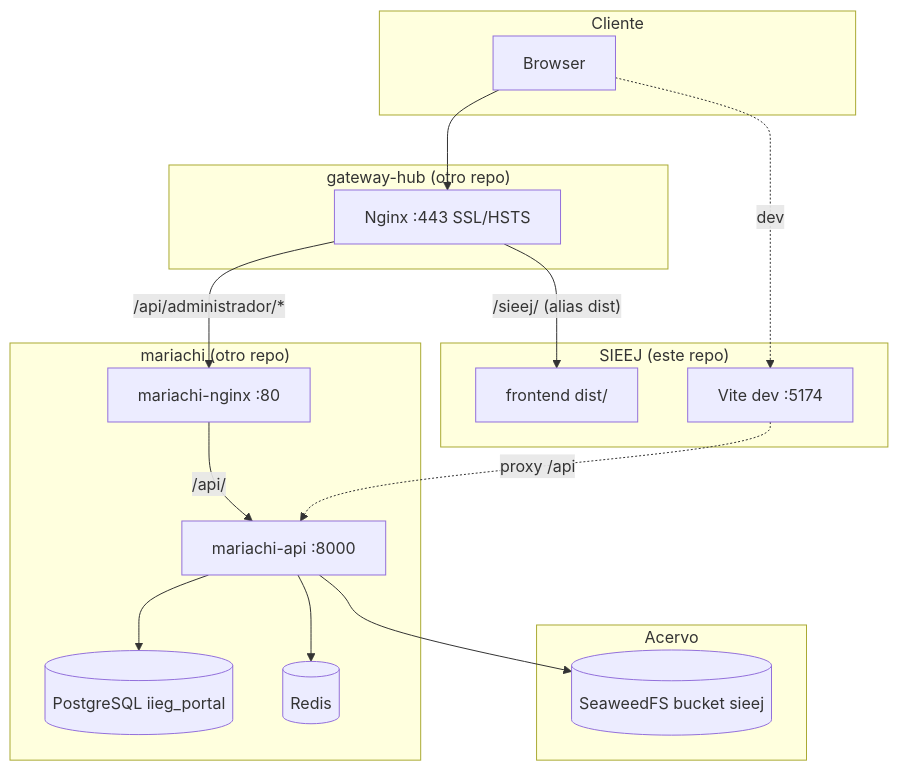
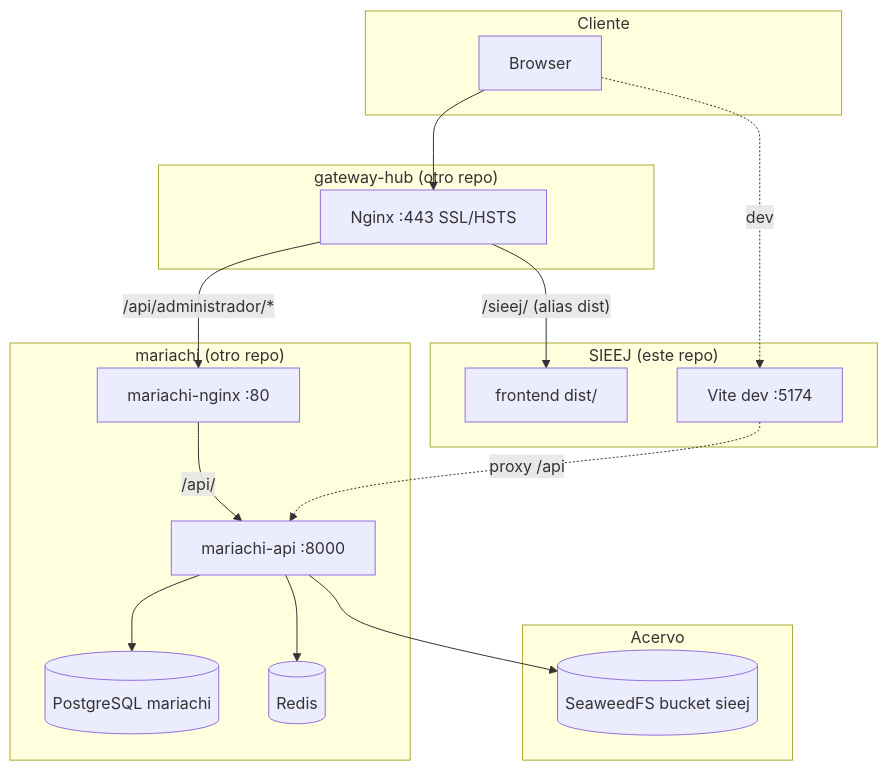
One commit to iieg-oficial/sieej changed the diagram in docs/arquitectura.md. Above: the diagram before and after it, drawn with Mermaid. The commit also changed other lines of this file and 3 other files, not shown here.

````diff
--- a/docs/arquitectura.md
+++ b/docs/arquitectura.md
@@ -10,37 +10,37 @@
 ```mermaid
 graph TD
     subgraph Cliente
         B[Browser]
     end
 
     subgraph "gateway-hub (otro repo)"
         GW[Nginx :443 SSL/HSTS]
     end
 
     subgraph "mariachi (otro repo)"
         MN[mariachi-nginx :80]
         MA[mariachi-api :8000]
-        PG[(PostgreSQL iieg_portal)]
+        PG[(PostgreSQL mariachi)]
         RD[(Redis)]
     end
 
     subgraph "Acervo"
         AC[(SeaweedFS bucket sieej)]
     end
 
     subgraph "SIEEJ (este repo)"
         FE[frontend dist/]
         DEV[Vite dev :5174]
     end
 
     B --> GW
     GW -- "/sieej/ (alias dist)" --> FE
     GW -- "/api/administrador/*" --> MN
     MN -- "/api/" --> MA
     MA --> PG
     MA --> RD
     MA --> AC
 
     B -. dev .-> DEV
     DEV -. proxy /api .-> MA
 ```
````
